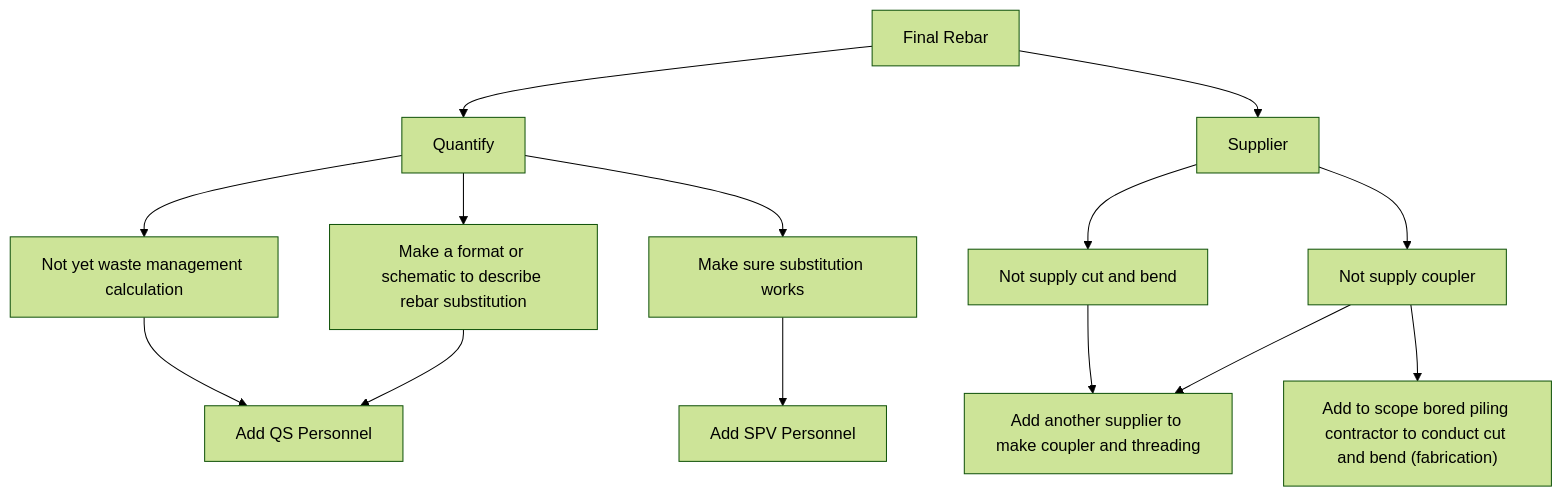
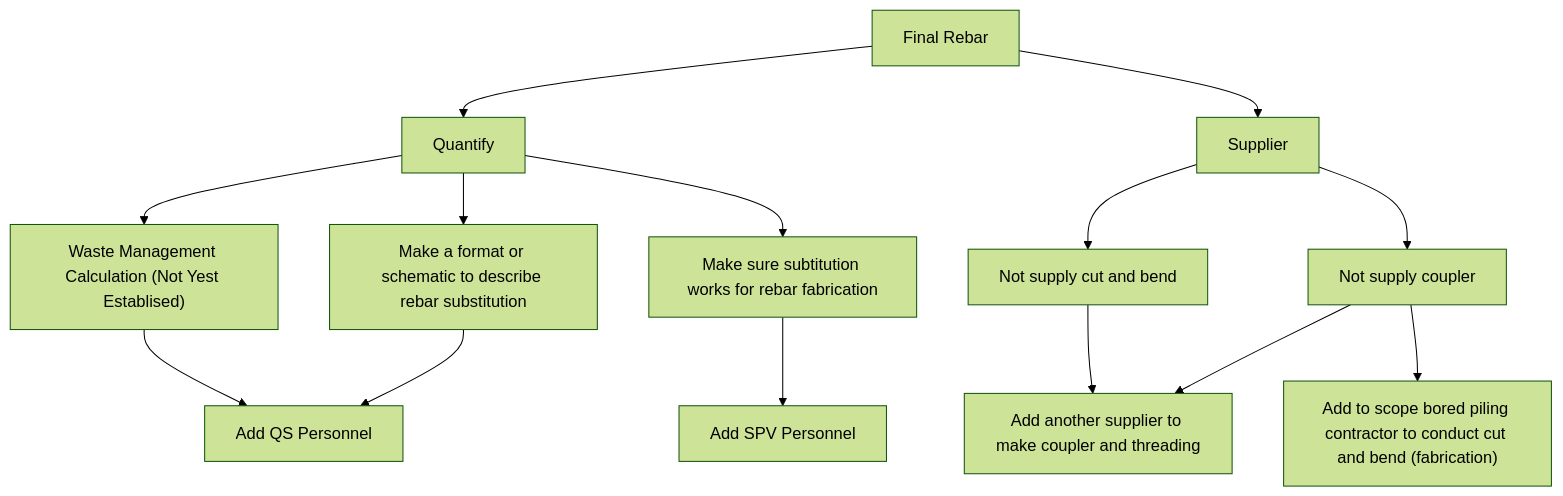
One commit to SCRP-eng/Fishbone-Rebar changed the diagram in Ishikawa_Final_Rebar.md. Above: the diagram before and after it, drawn with Mermaid (forest theme).

````diff
--- a/Ishikawa_Final_Rebar.md
+++ b/Ishikawa_Final_Rebar.md
@@ -4,21 +4,22 @@
 ```mermaid
 graph TD
     Final_Rebar["Final Rebar"]
     Final_Rebar --> Quantify["Quantify"]
     Final_Rebar --> Supplier["Supplier"]
 
-    Quantify --> WM_Calc["Not yet waste management calculation"]
+    Quantify --> WM_Calc["Waste Management Calculation (Not Yest Establised)"]
     Quantify --> Format["Make a format or schematic to describe rebar substitution"]
-    Quantify --> Subst_Work["Make sure substitution works"]
+    Quantify --> Subst_Work["Make sure subtitution works for rebar fabrication"]
 
     Supplier --> Cut_Bend["Not supply cut and bend"]
     Supplier --> Coupler["Not supply coupler"]
 
     WM_Calc --> QS["Add QS Personnel"]
     Format --> QS
     Subst_Work --> SPV["Add SPV Personnel"]
 
     Cut_Bend --> New_Supplier["Add another supplier to make coupler and threading"]
+
     Coupler --> New_Supplier
     Coupler --> Bored["Add to scope bored piling contractor to conduct cut and bend (fabrication)"]
 ```
````
